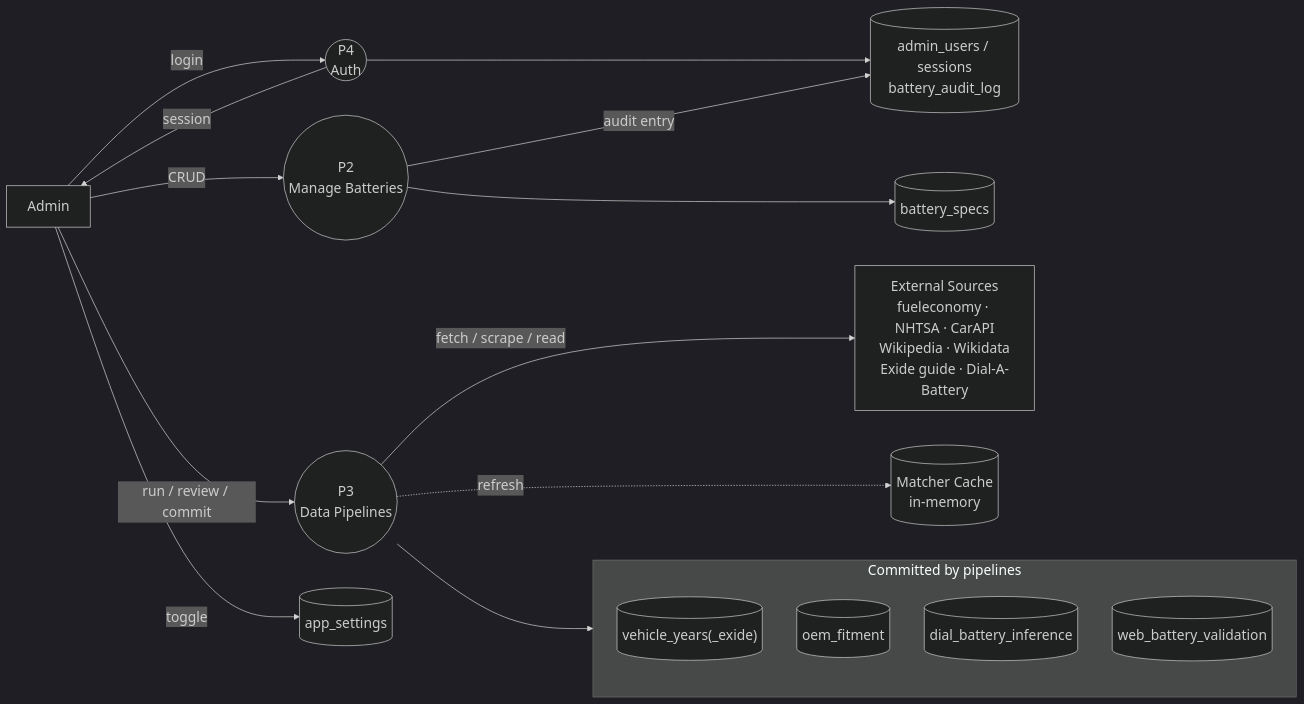
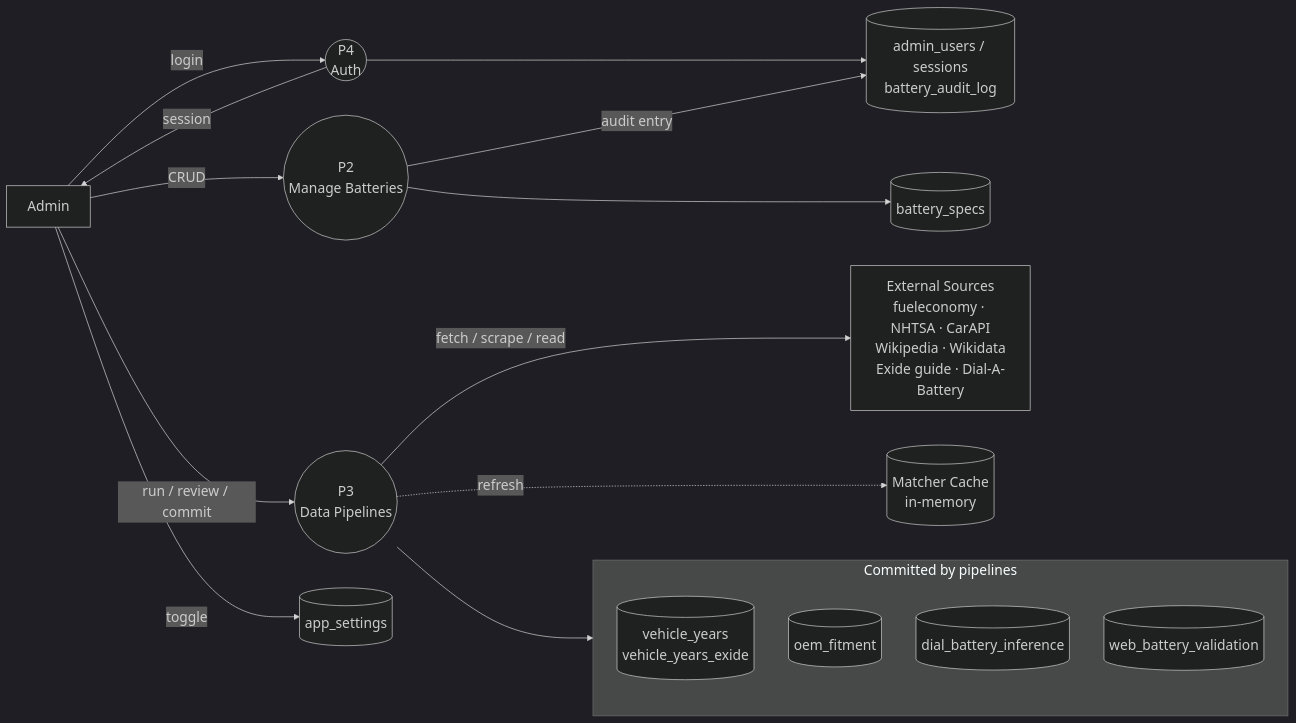
Before and after one commit to em-brandon/Chloride-Exide-KE-Battery-Finder-Web-App: the second of 8 diagrams in README.md, drawn with Mermaid. The commit also changed other lines of this file, not shown here.

First line of the commit message:
docs: fix missing vehicle_years node, add Level-2 DFDs for P1 and P3

````diff
--- a/README.md
+++ b/README.md
@@ -129,24 +133,24 @@
 ```mermaid
 %%{init: {'theme': 'dark', 'themeVariables': {'fontSize': '20px'}, 'flowchart': {'nodeSpacing': 50, 'rankSpacing': 80, 'curve': 'basis'}}}%%
 flowchart LR
     AD["Admin"] -- "login" --> P4(("P4<br/>Auth")) -- "session" --> AD
     P4 --> DS9[("admin_users / sessions<br/>battery_audit_log")]
 
     AD -- "CRUD" --> P2(("P2<br/>Manage Batteries"))
     P2 --> DS2[("battery_specs")]
     P2 -- "audit entry" --> DS9
 
     AD -- "run / review / commit" --> P3(("P3<br/>Data Pipelines"))
     P3 -- "fetch / scrape / read" --> EXT["External Sources<br/>fueleconomy · NHTSA · CarAPI<br/>Wikipedia · Wikidata<br/>Exide guide · Dial-A-Battery"]
     P3 --> WRITES
     P3 -. "refresh" .-> CACHE[("Matcher Cache<br/>in-memory")]
     AD -- "toggle" --> DS10[("app_settings")]
 
     subgraph WRITES["Committed by pipelines"]
         direction TB
-        DS1[("vehicle_years(_exide)")]
+        DS1[("vehicle_years<br/>vehicle_years_exide")]
         DS4[("oem_fitment")]
         DS5[("dial_battery_inference")]
         DS6[("web_battery_validation")]
     end
 ```
````
